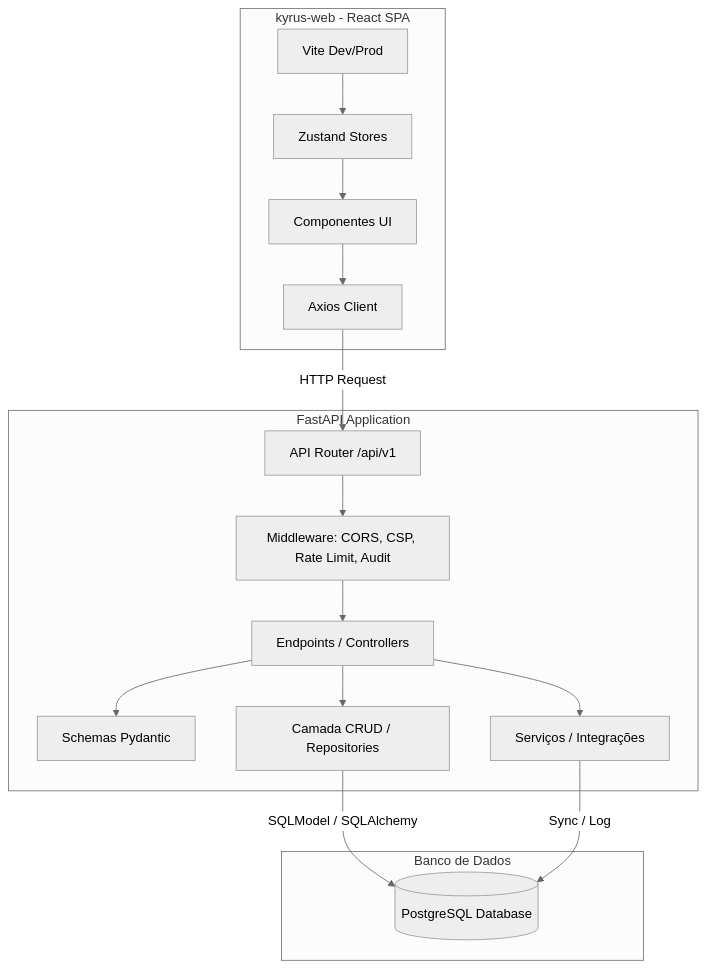
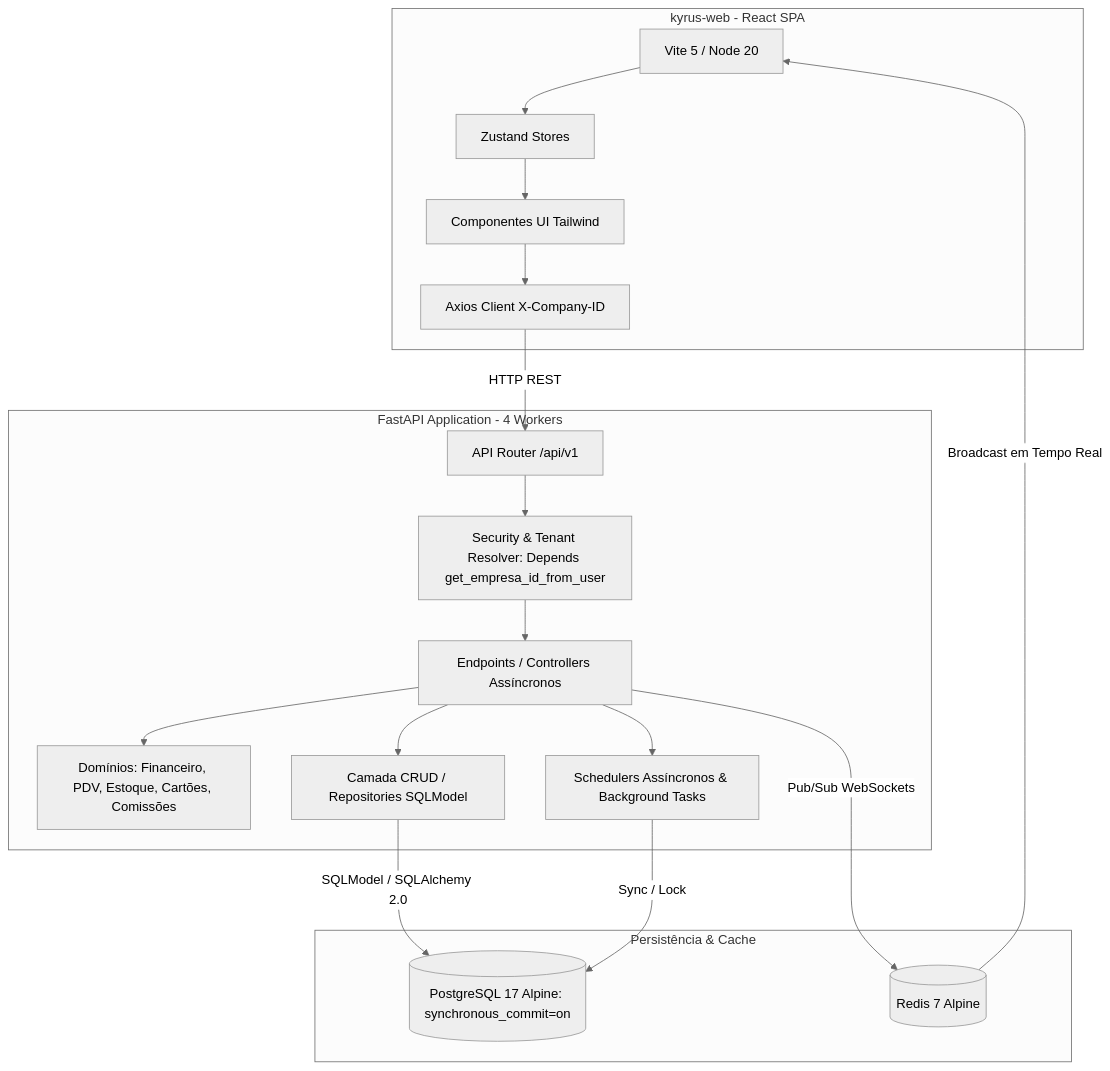
One commit to valfredodefarias/KyrusTech changed the diagram in FUNCOES_E_ARQUITETURA.md. Above: the diagram before and after it, drawn with Mermaid (neutral theme). The commit also changed other lines of this file and 90 other files, not shown here.

````diff
--- a/FUNCOES_E_ARQUITETURA.md
+++ b/FUNCOES_E_ARQUITETURA.md
@@ -16,22 +19,24 @@
 ```mermaid
 graph TD
     subgraph Frontend [kyrus-web - React SPA]
-        A[Vite Dev/Prod] --> B[Zustand Stores]
-        B --> C[Componentes UI]
-        C --> D[Axios Client]
+        A[Vite 5 / Node 20] --> B[Zustand Stores]
+        B --> C[Componentes UI Tailwind]
+        C --> D[Axios Client X-Company-ID]
     end
 
-    subgraph Backend [FastAPI Application]
-        D -->|HTTP Request| E[API Router /api/v1]
-        E --> F[Middleware: CORS, CSP, Rate Limit, Audit]
-        F --> G[Endpoints / Controllers]
-        G --> H[Schemas Pydantic]
-        G --> I[Camada CRUD / Repositories]
-        G --> J[Serviços / Integrações]
+    subgraph Backend [FastAPI Application - 4 Workers]
+        D -->|HTTP REST| E[API Router /api/v1]
+        E --> F[Security & Tenant Resolver: Depends get_empresa_id_from_user]
+        F --> G[Endpoints / Controllers Assíncronos]
+        G --> H[Domínios: Financeiro, PDV, Estoque, Cartões, Comissões]
+        G --> I[Camada CRUD / Repositories SQLModel]
+        G --> J[Schedulers Assíncronos & Background Tasks]
     end
 
-    subgraph Banco [Banco de Dados]
-        I -->|SQLModel / SQLAlchemy| K[(PostgreSQL Database)]
-        J -->|Sync / Log| K
+    subgraph Persistencia [Persistência & Cache]
+        I -->|SQLModel / SQLAlchemy 2.0| K[(PostgreSQL 17 Alpine: synchronous_commit=on)]
+        J -->|Sync / Lock| K
+        G -->|Pub/Sub WebSockets| L[(Redis 7 Alpine)]
+        L -->|Broadcast em Tempo Real| A
     end
 ```
````
